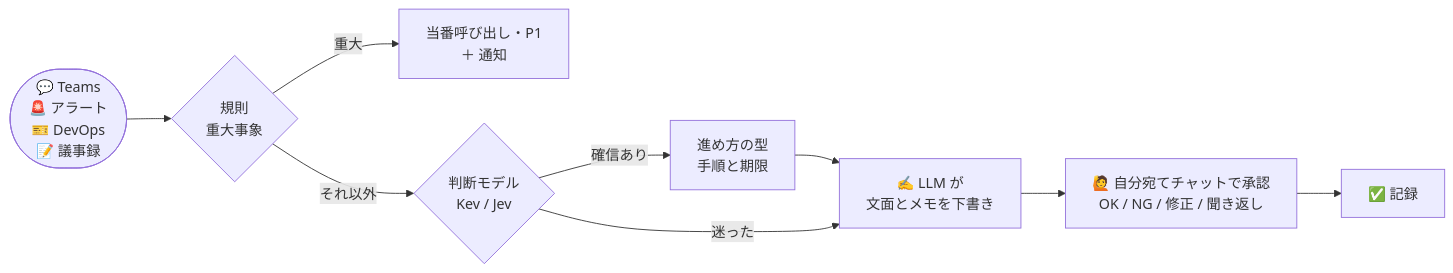
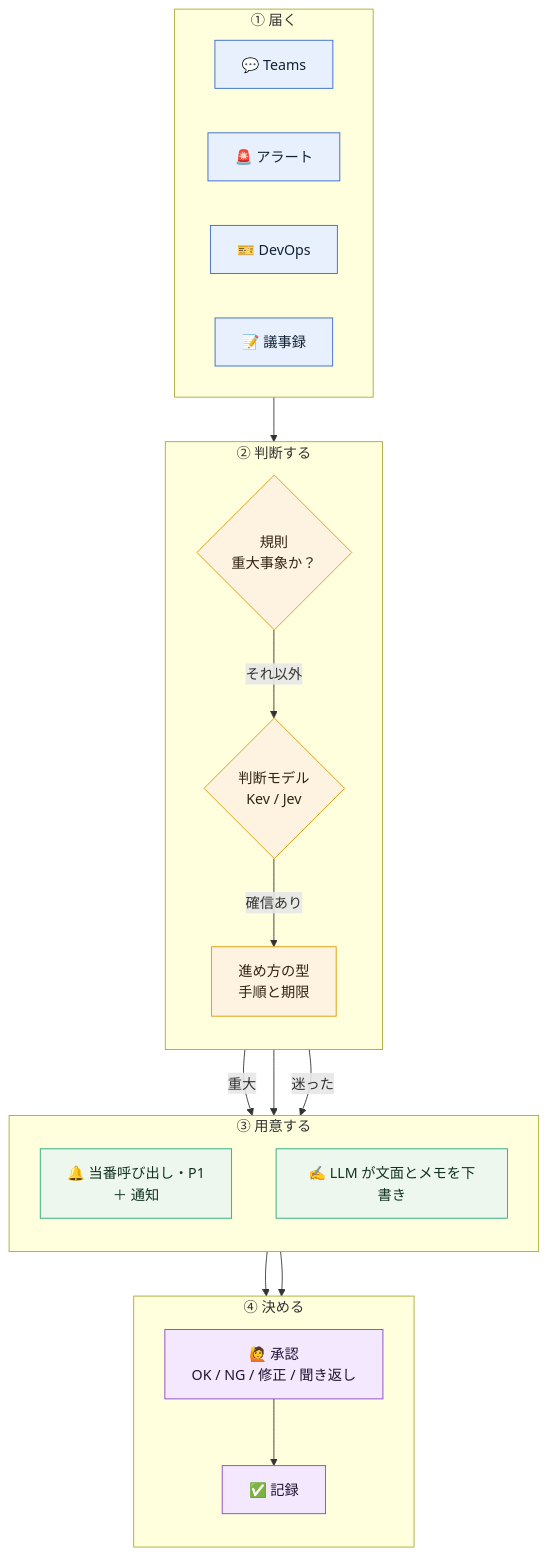
Before and after one commit to awano27/pm-decision: the first of 6 diagrams in README.md, drawn with Mermaid. The commit also changed other lines of this file, not shown here.

Commit message:
README: redraw main flow diagram with grouped stages

````diff
--- a/README.md
+++ b/README.md
@@ -46,11 +46,41 @@
 ```mermaid
-flowchart LR
-    E([💬 Teams<br/>🚨 アラート<br/>🎫 DevOps<br/>📝 議事録]) --> M{規則<br/>重大事象}
-    M -- 重大 --> P1[当番呼び出し・P1<br/>＋ 通知]
-    M -- それ以外 --> J{判断モデル<br/>Kev / Jev}
-    J -- 確信あり --> PL[進め方の型<br/>手順と期限]
-    PL --> W[✍ LLM が<br/>文面とメモを下書き]
-    J -- 迷った --> W
-    W --> A[🙋 自分宛てチャットで承認<br/>OK / NG / 修正 / 聞き返し]
-    A --> D[✅ 記録]
+flowchart TB
+    subgraph IN["① 届く"]
+      direction LR
+      T["💬 Teams"]
+      AL["🚨 アラート"]
+      DV["🎫 DevOps"]
+      MN["📝 議事録"]
+    end
+    subgraph JU["② 判断する"]
+      direction TB
+      RU{"規則<br/>重大事象か？"}
+      MO{"判断モデル<br/>Kev / Jev"}
+      PB["進め方の型<br/>手順と期限"]
+    end
+    subgraph OUT["③ 用意する"]
+      direction TB
+      CR["🔔 当番呼び出し・P1<br/>＋ 通知"]
+      WR["✍ LLM が文面とメモを下書き"]
+    end
+    subgraph AP["④ 決める"]
+      direction TB
+      HU["🙋 承認<br/>OK / NG / 修正 / 聞き返し"]
+      RC["✅ 記録"]
+    end
+    IN --> RU
+    RU -- 重大 --> CR
+    RU -- それ以外 --> MO
+    MO -- 確信あり --> PB --> WR
+    MO -- 迷った --> WR
+    WR --> HU --> RC
+    CR --> RC
+    classDef inp fill:#e8f0fd,stroke:#36c,color:#123
+    classDef jud fill:#fdf3e0,stroke:#d90,color:#321
+    classDef mk fill:#eef7ee,stroke:#2a7,color:#132
+    classDef ap fill:#f3e8fd,stroke:#84c,color:#213
+    class T,AL,DV,MN inp
+    class RU,MO,PB jud
+    class CR,WR mk
+    class HU,RC ap
 ```
````
